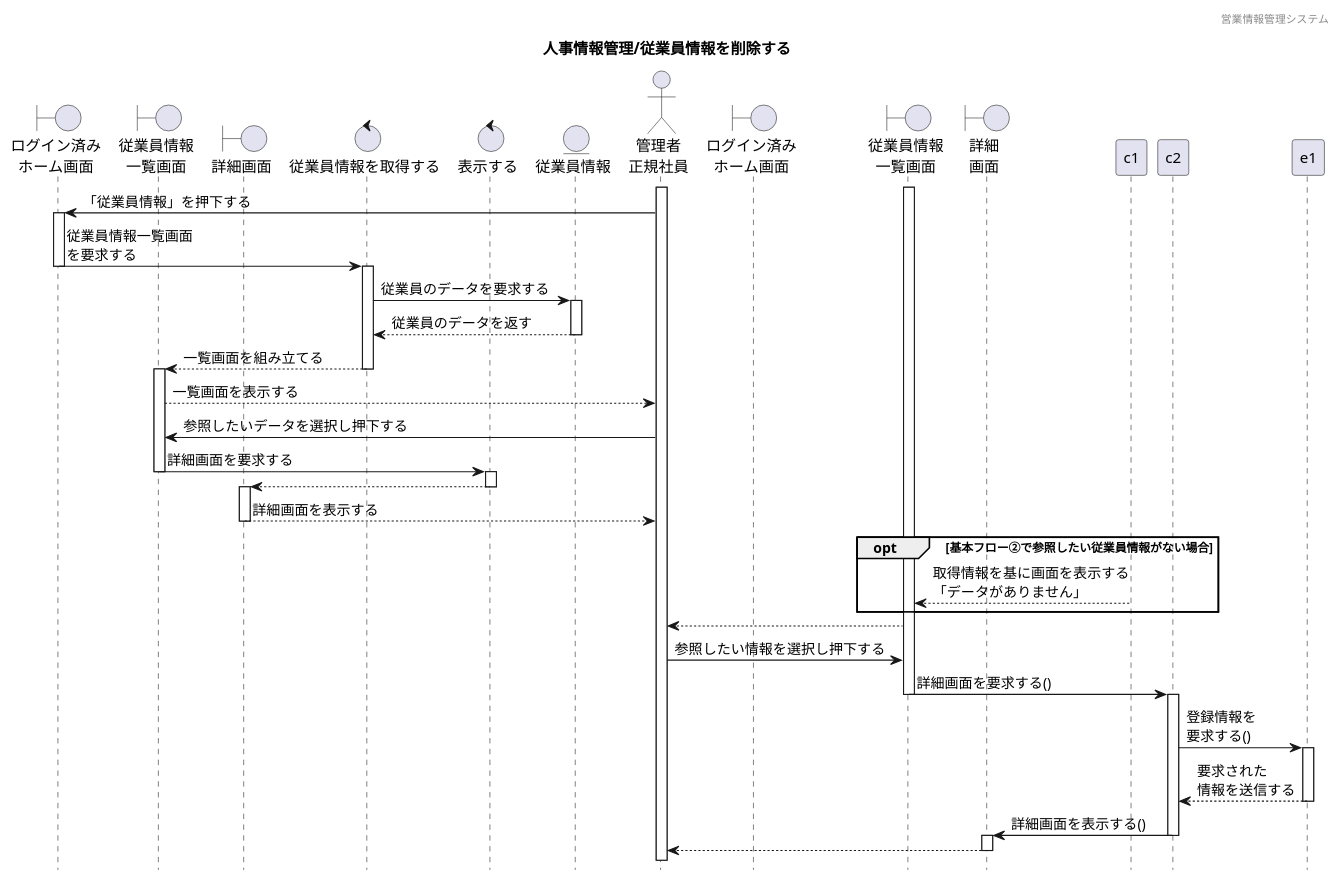
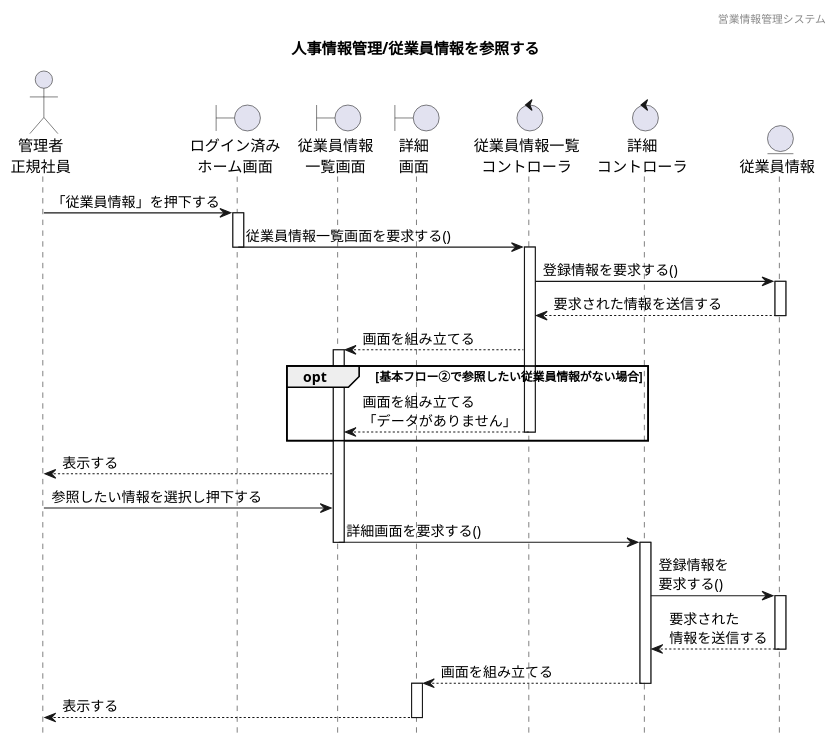
The diagram in 各種設計書/4シーケンス図/マスタ管理/1.従業員情報マスタ/未_従業員情報管理_削除.plantuml (HaruShim/Sotuken), drawn with PlantUML before and after one commit. The commit also changed 1 other file, not shown here.

```diff
--- a/各種設計書/4シーケンス図/マスタ管理/1.従業員情報マスタ/未_従業員情報管理_削除.plantuml
+++ b/各種設計書/4シーケンス図/マスタ管理/1.従業員情報マスタ/未_従業員情報管理_削除.plantuml
@@ -1,82 +1,66 @@
 @startuml シーケンス図
 
 ' 下アイコン除去
 hide footbox
 ' ヘッダー
 header 営業情報管理システム
 ' タイトル
-title 人事情報管理/従業員情報を削除する
+title 人事情報管理/従業員情報を参照する
 
-' アイコン
-actor "管理者\n正規社員" as a1
-boundary "ログイン済み\nホーム画面" as HomeSc
-boundary "従業員情報\n一覧画面" as StaffListSc
-boundary "詳細画面" as StaffSc
-control "従業員情報を取得する" as StaffCl
-control "表示する" as ScCl
-entity "従業員情報" as StaffDB
 
 ' actor "" as 
 actor "管理者\n正規社員" as a1
 
 ' boundary "" as 
 boundary "ログイン済み\nホーム画面" as b1
 boundary "従業員情報\n一覧画面" as b2
 boundary "詳細\n画面" as b3
 
-' ログイン済みホーム画面から一覧表示までのシーケンス
-activate a1
-a1 -> HomeSc : 「従業員情報」を押下する
-activate HomeSc
-HomeSc -> StaffCl : 従業員情報一覧画面\nを要求する
-deactivate
-activate StaffCl
+' control "" as 
+control "従業員情報一覧\nコントローラ" as c1
+control "詳細\nコントローラ" as c2
 
-StaffCl -> StaffDB : 従業員のデータを要求する
-activate StaffDB
-StaffCl <-- StaffDB : 従業員のデータを返す
-deactivate
-StaffListSc <-- StaffCl : 一覧画面を組み立てる
-deactivate
-activate StaffListSc
-a1 <-- StaffListSc : 一覧画面を表示する
+' entity "" as
+entity "従業員情報" as e1
 
 
-' 詳細画面表示までのシーケンス
-a1 -> StaffListSc : 参照したいデータを選択し押下する
-StaffListSc -> ScCl : 詳細画面を要求する
-deactivate
-activate ScCl
-StaffSc <-- ScCl
-deactivate
-activate StaffSc
-a1 <-- StaffSc : 詳細画面を表示する
-deactivate
+' ログイン済みホーム画面から一覧表示までのシーケンス
+a1 -> b1 : 「従業員情報」を押下する
+activate b1
+b1 -> c1 : 従業員情報一覧画面を要求する()
+deactivate b1
+activate c1
+c1 -> e1 : 登録情報を要求する()
+activate e1
+c1 <-- e1 : 要求された情報を送信する
+deactivate e1
+b2 <-- c1 : 画面を組み立てる
+activate b2
 
 ' 代替フロー
 opt 基本フロー②で参照したい従業員情報がない場合
-b2 <-- c1 : 取得情報を基に画面を表示する\n「データがありません」
+b2 <-- c1 : 画面を組み立てる\n「データがありません」
 deactivate c1
 end
 
 activate b2
-a1 <-- b2
+a1 <-- b2 : 表示する
 a1 -> b2 : 参照したい情報を選択し押下する
 b2 -> c2 : 詳細画面を要求する()
 deactivate b2
 activate c2
 
 
 c2 -> e1 : 登録情報を\n要求する()
 activate e1
 c2 <-- e1 : 要求された\n情報を送信する
 deactivate e1
-b3 <- c2 : 詳細画面を表示する()
+b3 <-- c2 : 画面を組み立てる
 deactivate c2
 activate b3
-a1 <-- b3
+a1 <-- b3 : 表示する
 deactivate b3
 
 
 
 @enduml
```
